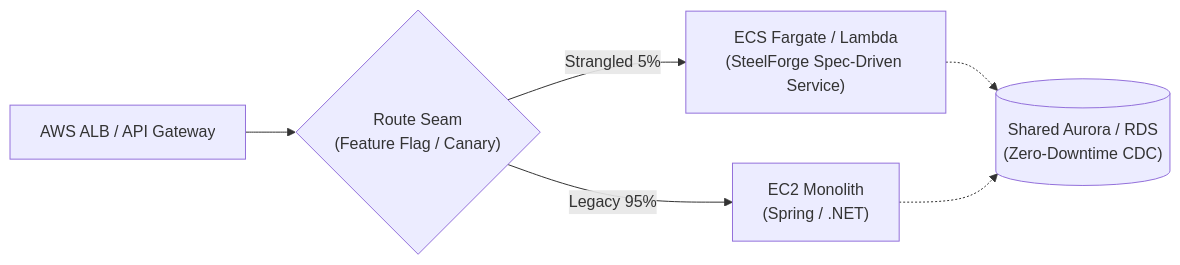
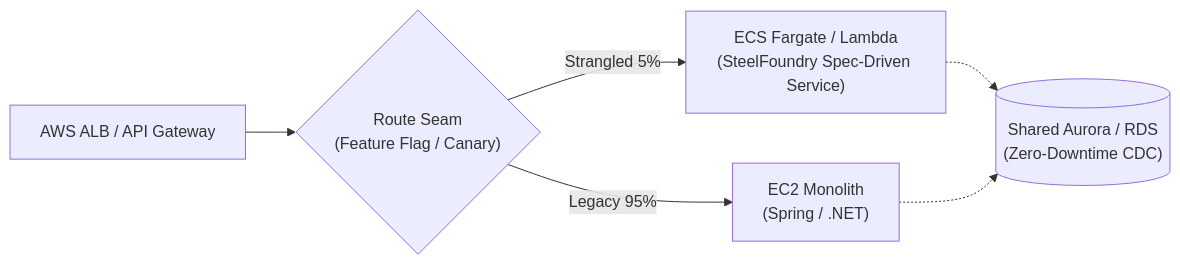
Before and after one commit to Brujo2020/OpenSDD: the second of 2 diagrams in docs/guides/enterprise-brownfield-sdd.md, drawn with Mermaid. The commit also changed other lines of this file and 465 other files, not shown here.

First line of the commit message:
feat!: el nombre final es SteelFoundry — SDD Toolkit

````diff
--- a/docs/guides/enterprise-brownfield-sdd.md
+++ b/docs/guides/enterprise-brownfield-sdd.md
@@ -134,8 +134,8 @@
 ```mermaid
 flowchart LR
     ALB["AWS ALB / API Gateway"] --> Router{"Route Seam\n(Feature Flag / Canary)"}
     Router -->|Legacy 95%| Legacy["EC2 Monolith\n(Spring / .NET)"]
-    Router -->|Strangled 5%| NewSvc["ECS Fargate / Lambda\n(SteelForge Spec-Driven Service)"]
+    Router -->|Strangled 5%| NewSvc["ECS Fargate / Lambda\n(SteelFoundry Spec-Driven Service)"]
     NewSvc -.-> DB[("Shared Aurora / RDS\n(Zero-Downtime CDC)")]
     Legacy -.-> DB
 ```
````
